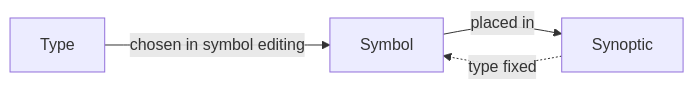
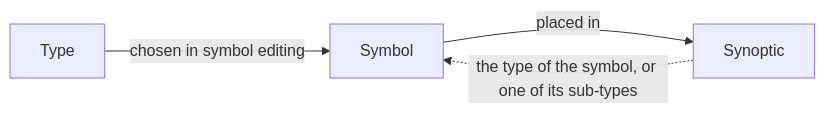
One commit to AlexandreGallais/synoptic-studio-spec changed diagram 13 of 50 in metadata/draft.md. Above: the diagram before and after it, drawn with Mermaid. The commit also changed other lines of this file and 12 other files, not shown here.

First line of the commit message:
docs: let sub-types fill parent groups and synoptics edit placed symbols

````diff
--- a/metadata/draft.md
+++ b/metadata/draft.md
@@ -264,6 +265,6 @@
 ```mermaid
 flowchart LR
     TY[Type] -->|"chosen in symbol editing"| SY[Symbol]
     SY -->|"placed in"| SN[Synoptic]
-    SN -.->|"type fixed"| SY
+    SN -.->|"the type of the symbol, or one of its sub-types"| SY
 ```
````
